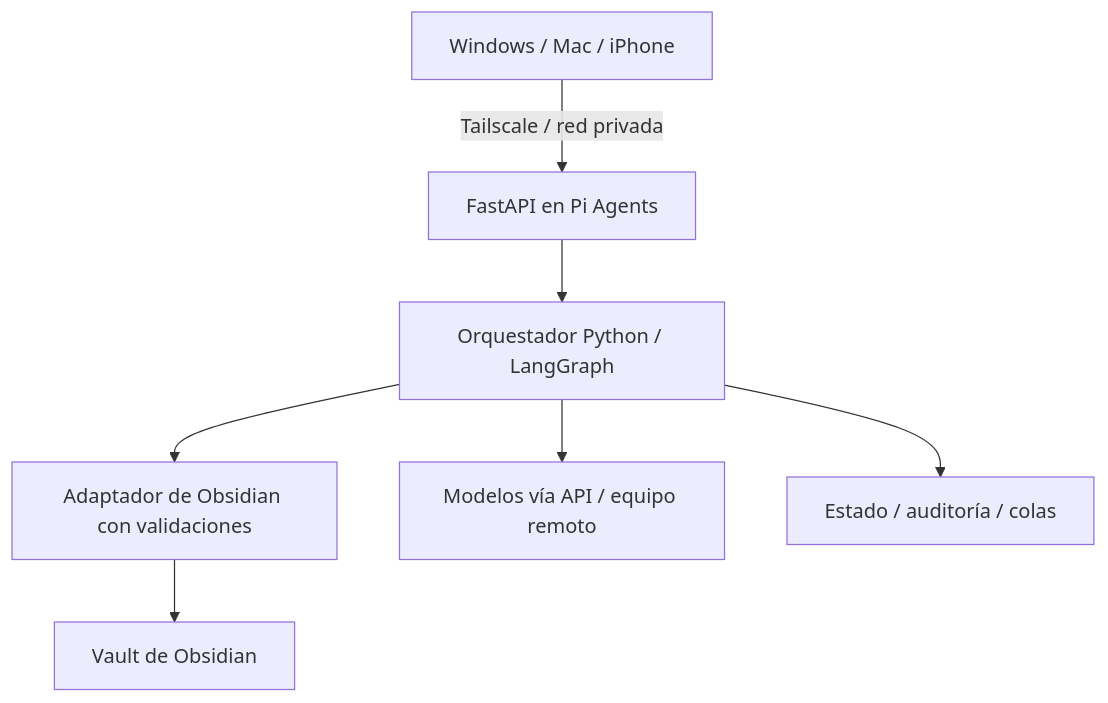
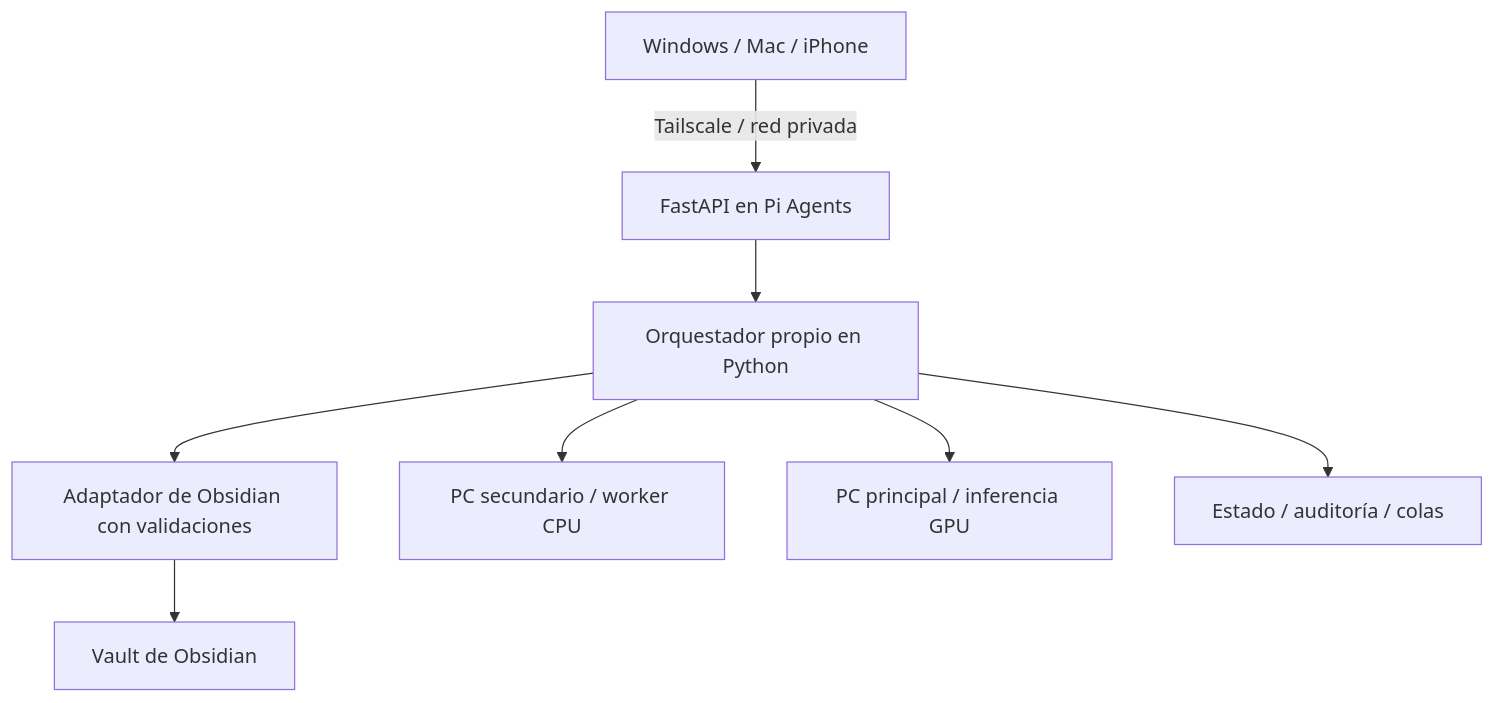
The second of 2 diagrams in README.md (afvv2602/pi-agents), drawn with Mermaid before and after one commit. The commit also changed other lines of this file and 4 other files, not shown here.

````diff
--- a/README.md
+++ b/README.md
@@ -63,9 +63,10 @@
 ```mermaid
 flowchart TD
     Devices[Windows / Mac / iPhone] -->|Tailscale / red privada| API[FastAPI en Pi Agents]
-    API --> Graph[Orquestador Python / LangGraph]
+    API --> Graph[Orquestador propio en Python]
     Graph --> Vault[Adaptador de Obsidian con validaciones]
-    Graph --> LLM[Modelos vía API / equipo remoto]
+    Graph --> Worker[PC secundario / worker CPU]
+    Graph --> LLM[PC principal / inferencia GPU]
     Graph --> State[Estado / auditoría / colas]
     Vault --> Notes[Vault de Obsidian]
 ```
````
